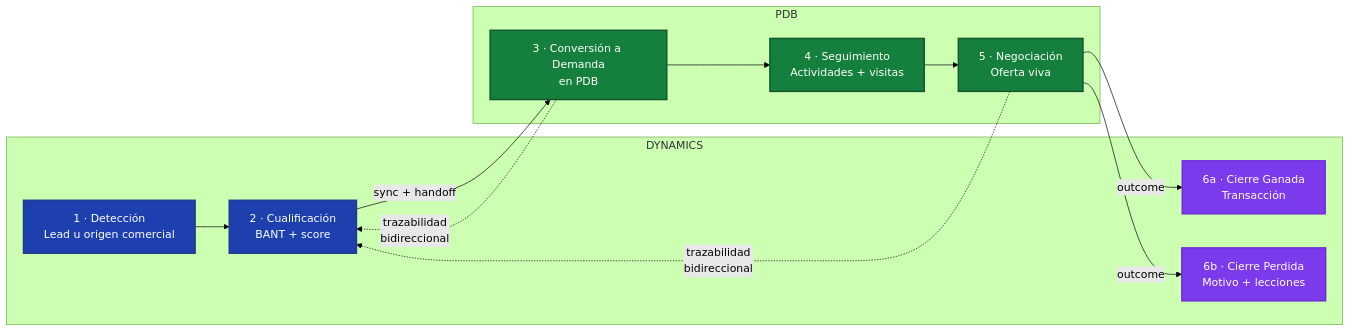
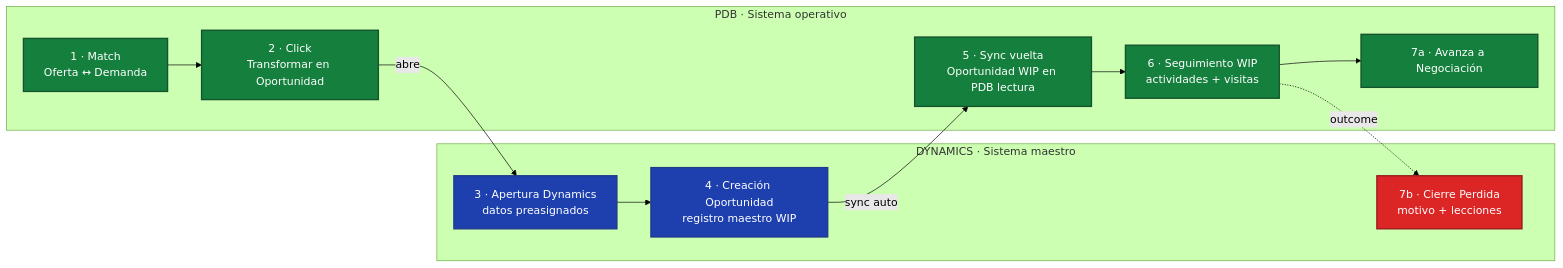
Before and after one commit to alvarosierra90-dot/pdb-crm: the third of 10 diagrams in FLUJOS_PDB.md, drawn with Mermaid (forest theme). The commit also changed other lines of this file and 2 other files, not shown here.

First line of the commit message:
Fix process flow: Oportunidad is WIP intermediate, not the origin

````diff
--- a/FLUJOS_PDB.md
+++ b/FLUJOS_PDB.md
@@ -86,32 +87,31 @@
 ```mermaid
 flowchart LR
-    subgraph DYN[DYNAMICS]
-        D1[1 · Detección<br/>Lead u origen comercial]
-        D2[2 · Cualificación<br/>BANT + score]
-        D6a[6a · Cierre Ganada<br/>Transacción]
-        D6b[6b · Cierre Perdida<br/>Motivo + lecciones]
+    subgraph PDB[PDB · Sistema operativo]
+        P1[1 · Match<br/>Oferta ↔ Demanda]
+        P2[2 · Click<br/>Transformar en Oportunidad]
+        P5[5 · Sync vuelta<br/>Oportunidad WIP en PDB lectura]
+        P6[6 · Seguimiento WIP<br/>actividades + visitas]
+        P7a[7a · Avanza a Negociación]
     end
 
-    subgraph PDB[PDB]
-        P3[3 · Conversión a Demanda<br/>en PDB]
-        P4[4 · Seguimiento<br/>Actividades + visitas]
-        P5[5 · Negociación<br/>Oferta viva]
+    subgraph DYN[DYNAMICS · Sistema maestro]
+        D3[3 · Apertura Dynamics<br/>datos preasignados]
+        D4[4 · Creación Oportunidad<br/>registro maestro WIP]
+        D7b[7b · Cierre Perdida<br/>motivo + lecciones]
     end
 
-    D1 --> D2
-    D2 -->|sync + handoff| P3
-    P3 --> P4
-    P4 --> P5
-    P5 -->|outcome| D6a
-    P5 -->|outcome| D6b
-
-    P3 -.->|trazabilidad<br/>bidireccional| D2
-    P5 -.->|trazabilidad<br/>bidireccional| D2
+    P1 --> P2
+    P2 -->|abre| D3
+    D3 --> D4
+    D4 -->|sync auto| P5
+    P5 --> P6
+    P6 --> P7a
+    P6 -.->|outcome| D7b
 
     classDef dyn fill:#1e40af,stroke:#1e3a8a,color:#fff,stroke-width:2px
     classDef pdb fill:#15803d,stroke:#14532d,color:#fff,stroke-width:2px
-    classDef result fill:#7c3aed,stroke:#6d28d9,color:#fff,stroke-width:2px
-    class D1,D2 dyn
-    class P3,P4,P5 pdb
-    class D6a,D6b result
+    classDef result fill:#dc2626,stroke:#991b1b,color:#fff,stroke-width:2px
+    class D3,D4 dyn
+    class P1,P2,P5,P6,P7a pdb
+    class D7b result
 ```
````
